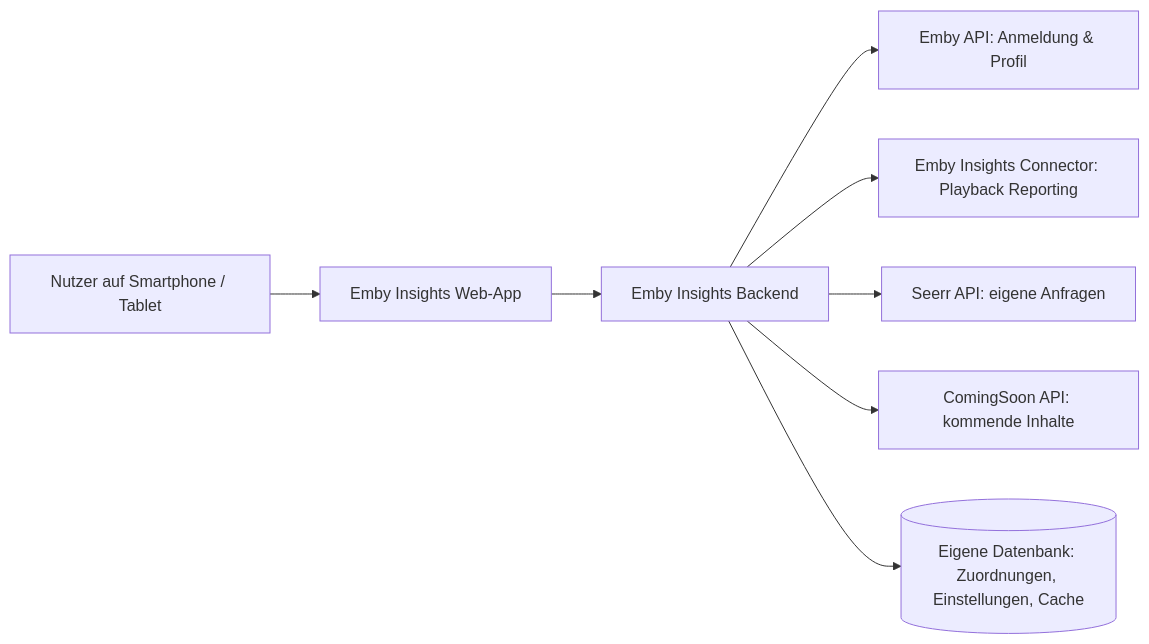
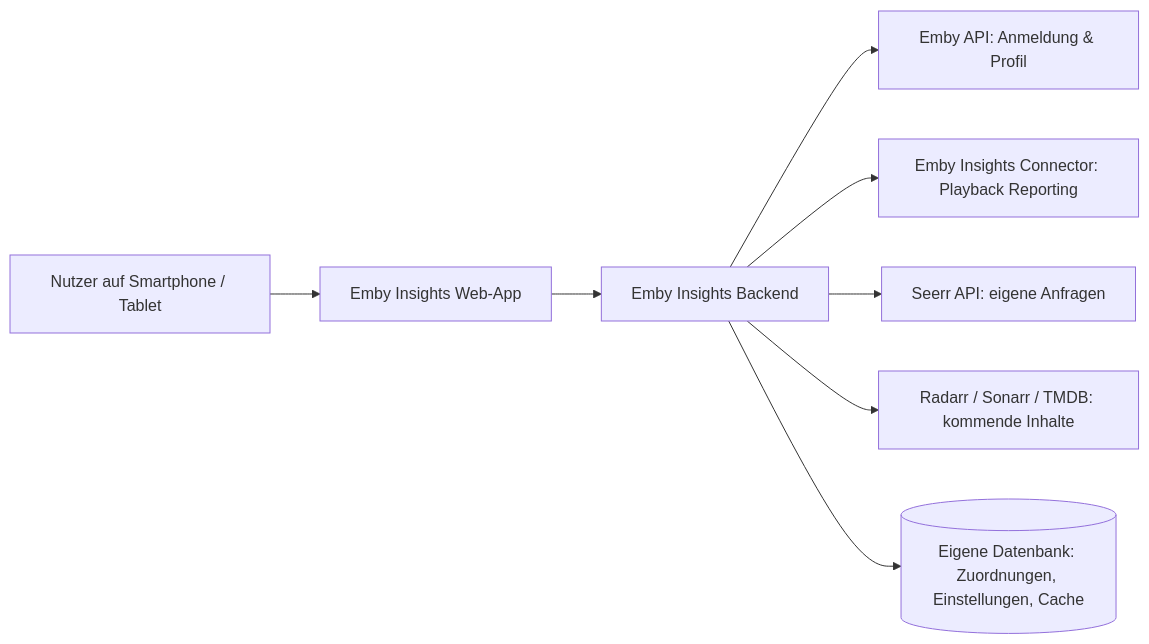
The diagram in docs/ARCHITECTURE.md (mrt187/emby-insights), drawn with Mermaid before and after one commit. The commit also changed other lines of this file and 20 other files, not shown here.

````diff
--- a/docs/ARCHITECTURE.md
+++ b/docs/ARCHITECTURE.md
@@ -14,10 +14,10 @@
 ```mermaid
 flowchart LR
   U["Nutzer auf Smartphone / Tablet"] --> W["Emby Insights Web-App"]
   W --> B["Emby Insights Backend"]
   B --> E["Emby API: Anmeldung & Profil"]
   B --> P["Emby Insights Connector: Playback Reporting"]
   B --> S["Seerr API: eigene Anfragen"]
-  B --> C["ComingSoon API: kommende Inhalte"]
+  B --> C["Radarr / Sonarr / TMDB: kommende Inhalte"]
   B --> D[("Eigene Datenbank: Zuordnungen, Einstellungen, Cache")]
 ```
````
